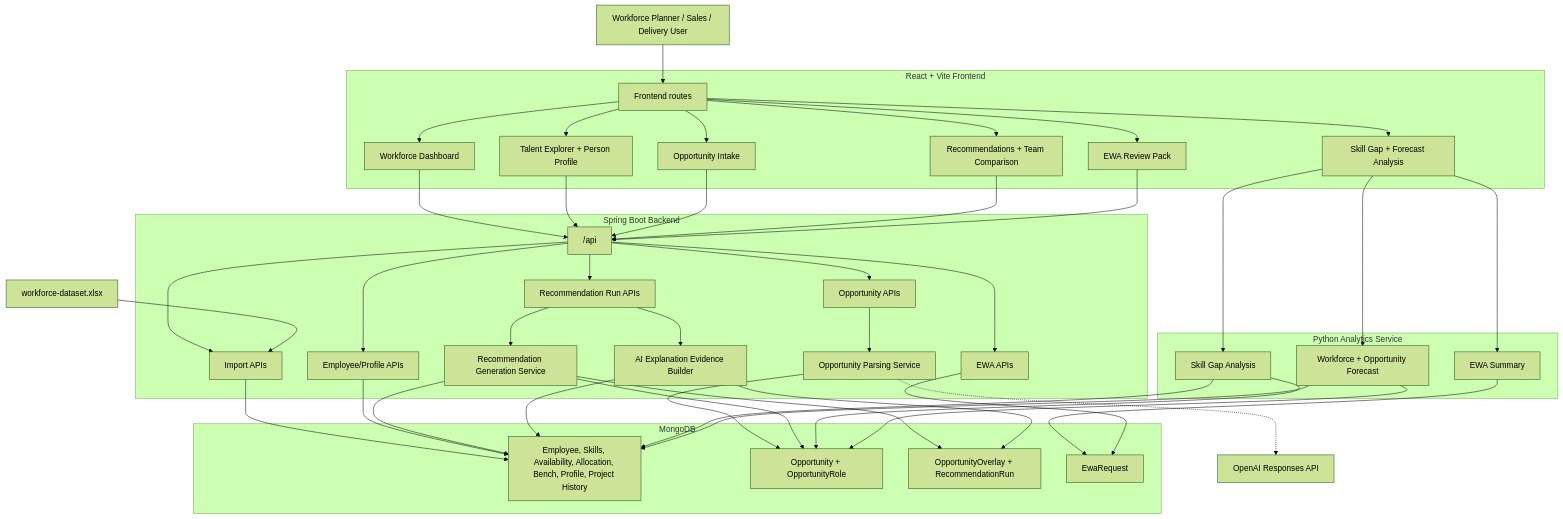
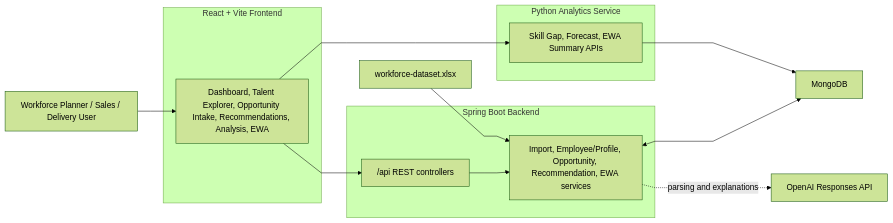
One commit to Shircheng/ai-workforce-planner changed the diagram in README.md. Above: the diagram before and after it, drawn with Mermaid (forest theme). The commit also changed other lines of this file, not shown here.

Commit message:
fix(readme): update architecture flow diagram

````diff
--- a/README.md
+++ b/README.md
@@ -114,90 +114,31 @@
 ```mermaid
-flowchart TB
+%%{init: {"flowchart": {"curve": "linear"}} }%%
+flowchart LR
     User["Workforce Planner / Sales / Delivery User"]
 
     subgraph Frontend["React + Vite Frontend"]
-        FrontendRoutes["Frontend routes"]
-        Dashboard["Workforce Dashboard"]
-        Talent["Talent Explorer + Person Profile"]
-        Intake["Opportunity Intake"]
-        Recs["Recommendations + Team Comparison"]
-        Analysis["Skill Gap + Forecast Analysis"]
-        Ewa["EWA Review Pack"]
+        FrontendApp["Dashboard, Talent Explorer, Opportunity Intake, Recommendations, Analysis, EWA"]
     end
 
     subgraph Backend["Spring Boot Backend"]
-        BackendRoutes["/api"]
-        ImportApi["Import APIs"]
-        EmployeeApi["Employee/Profile APIs"]
-        OpportunityApi["Opportunity APIs"]
-        RecommendationApi["Recommendation Run APIs"]
-        EwaApi["EWA APIs"]
-        ParsingService["Opportunity Parsing Service"]
-        MatchingService["Recommendation Generation Service"]
-        ExplanationEvidence["AI Explanation Evidence Builder"]
+        BackendApi["/api REST controllers"]
+        BackendServices["Import, Employee/Profile, Opportunity, Recommendation, EWA services"]
     end
 
     subgraph Analytics["Python Analytics Service"]
-        SkillGap["Skill Gap Analysis"]
-        Forecast["Workforce + Opportunity Forecast"]
-        EwaSummary["EWA Summary"]
+        AnalyticsApi["Skill Gap, Forecast, EWA Summary APIs"]
     end
 
-    subgraph Data["MongoDB"]
-        WorkforceData["Employee, Skills, Availability, Allocation, Bench, Profile, Project History"]
-        OpportunityData["Opportunity + OpportunityRole"]
-        GeneratedData["OpportunityOverlay + RecommendationRun"]
-        ValidationData["EwaRequest"]
-    end
-
+    Mongo["MongoDB"]
     OpenAI["OpenAI Responses API"]
     Excel["workforce-dataset.xlsx"]
 
-    User --> FrontendRoutes
-    FrontendRoutes --> Dashboard
-    FrontendRoutes --> Talent
-    FrontendRoutes --> Intake
-    FrontendRoutes --> Recs
-    FrontendRoutes --> Analysis
-    FrontendRoutes --> Ewa
-
-    Dashboard --> BackendRoutes
-    Talent --> BackendRoutes
-    Intake --> BackendRoutes
-    Recs --> BackendRoutes
-    Ewa --> BackendRoutes
-    Analysis --> SkillGap
-    Analysis --> Forecast
-    Analysis --> EwaSummary
-
-    BackendRoutes --> ImportApi
-    BackendRoutes --> EmployeeApi
-    BackendRoutes --> OpportunityApi
-    BackendRoutes --> RecommendationApi
-    BackendRoutes --> EwaApi
-
-    Excel --> ImportApi
-    ImportApi --> WorkforceData
-    EmployeeApi --> WorkforceData
-
-    OpportunityApi --> ParsingService
-    ParsingService -.-> OpenAI
-    ParsingService --> OpportunityData
-
-    RecommendationApi --> MatchingService
-    MatchingService --> WorkforceData
-    MatchingService --> OpportunityData
-    MatchingService --> GeneratedData
-
-    RecommendationApi --> ExplanationEvidence
-    ExplanationEvidence --> WorkforceData
-    ExplanationEvidence --> GeneratedData
-
-    SkillGap --> WorkforceData
-    SkillGap --> OpportunityData
-    Forecast --> WorkforceData
-    Forecast --> OpportunityData
-    EwaSummary --> ValidationData
-
-    EwaApi --> ValidationData
+    User --> FrontendApp
+    FrontendApp --> BackendApi
+    FrontendApp --> AnalyticsApi
+    BackendApi --> BackendServices
+    Excel --> BackendServices
+    BackendServices <--> Mongo
+    AnalyticsApi --> Mongo
+    BackendServices -. parsing and explanations .-> OpenAI
 ```
````
